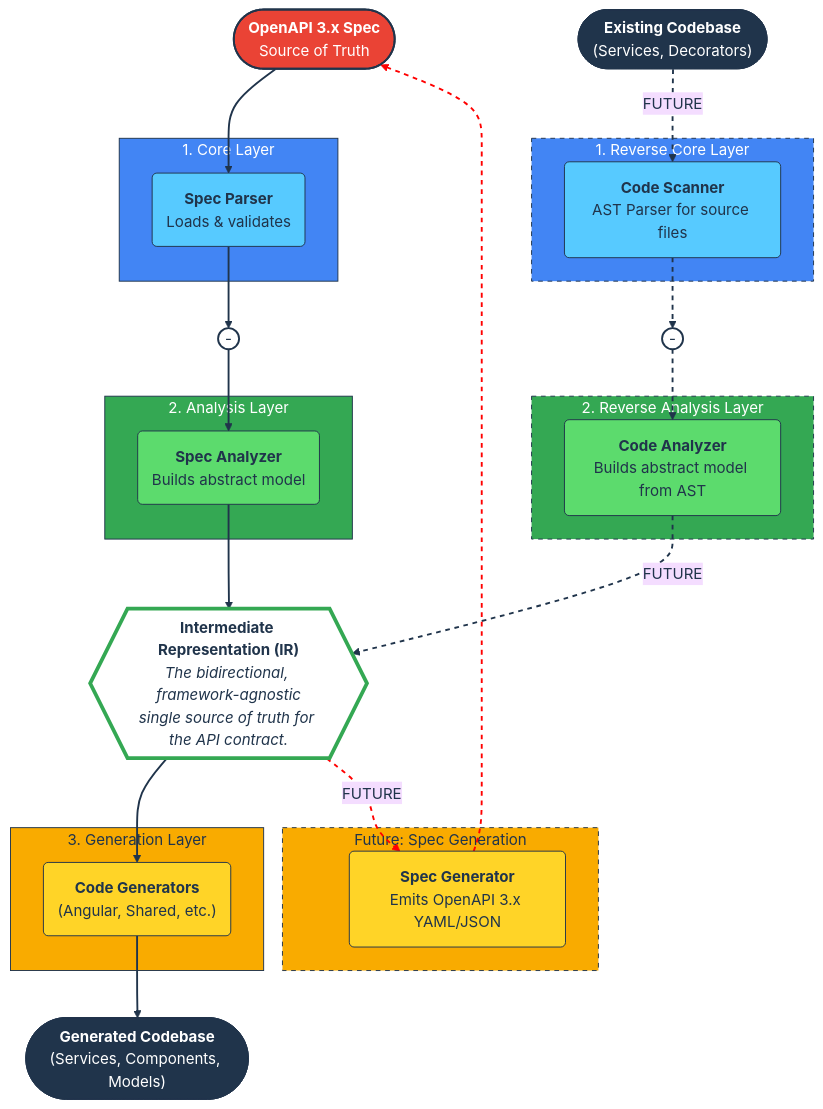
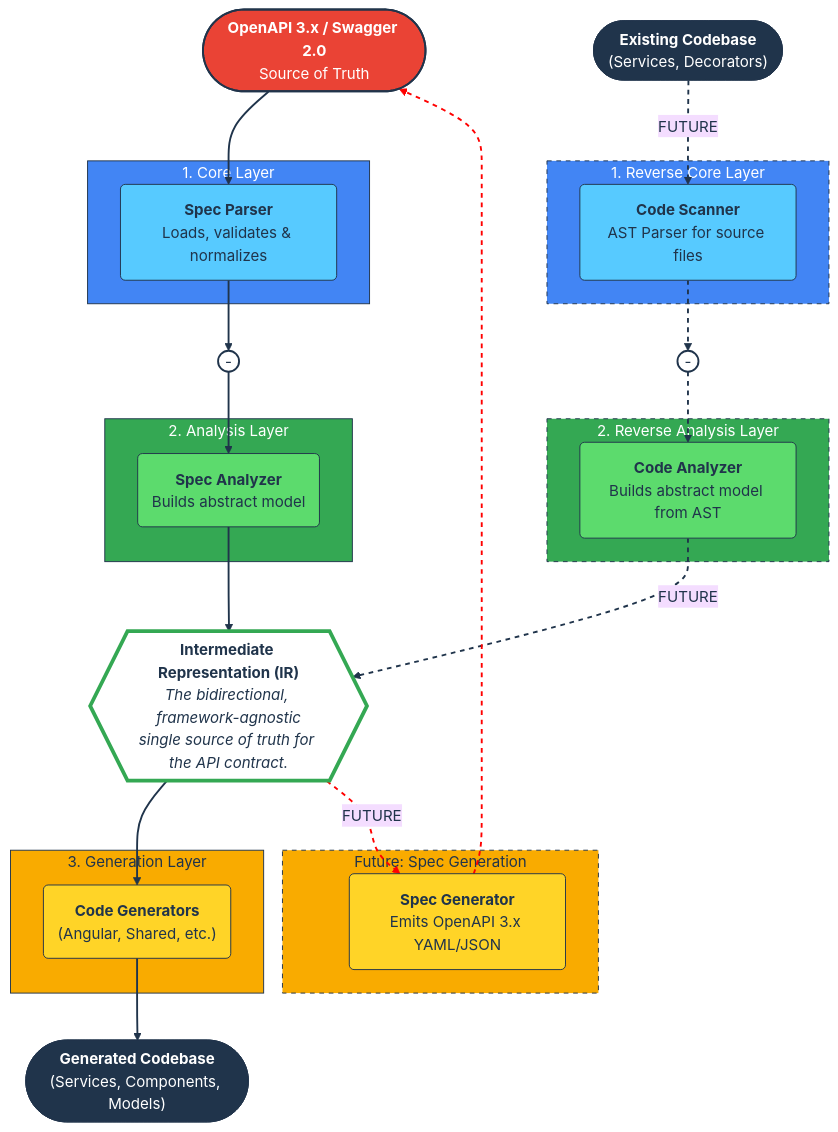
The diagram in README.md (offscale/cdd-web-ng), drawn with Mermaid before and after one commit. The commit also changed other lines of this file and 40 other files, not shown here.

Commit message:
Finish implementing OpenAPI 3.2.0 ; [README.md] Reflect Swagger 2 and OpenAPI 3.2.0 support

```diff
--- a/README.md
+++ b/README.md
@@ -62,10 +75,10 @@
 }%%
 graph TD
     %% --- Top of the Flow ---
-    OpenAPI_Spec(["`<b>OpenAPI 3.x Spec</b><br/>Source of Truth`"])
+    OpenAPI_Spec(["`<b>OpenAPI 3.x / Swagger 2.0</b><br/>Source of Truth`"])
 
     subgraph Core_Forward [1. Core Layer]
-        Spec_Parser("`<b>Spec Parser</b><br/>Loads & validates`")
+        Spec_Parser("`<b>Spec Parser</b><br/>Loads, validates & normalizes`")
     end
 
     Parsed_Object(("-"))
```
